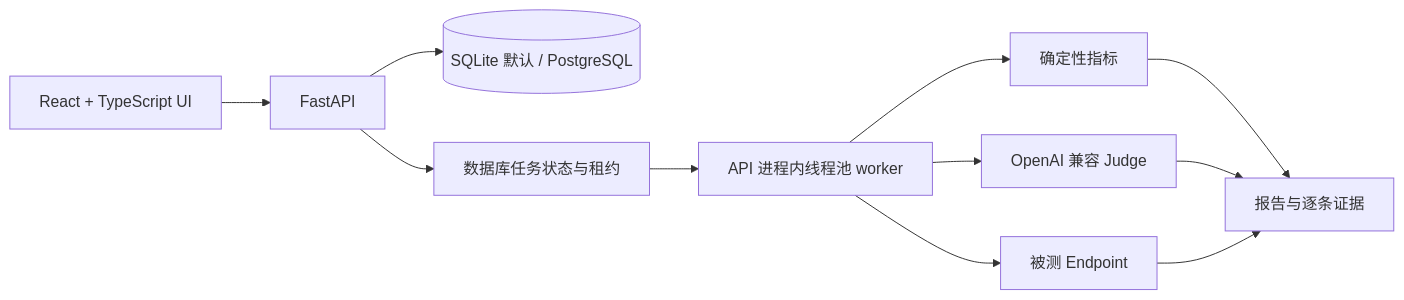
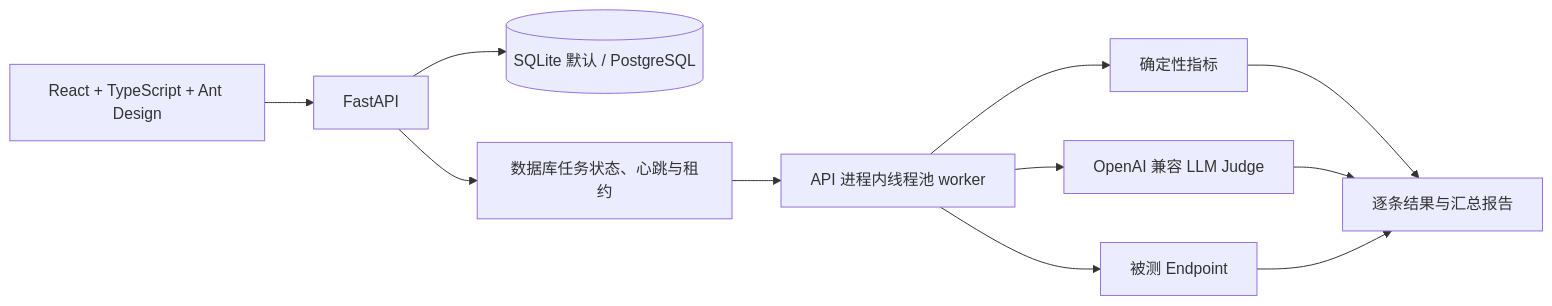
The diagram in README.md (xtxt586586/eval-labs), drawn with Mermaid before and after one commit. The commit also changed other lines of this file and 3 other files, not shown here.

````diff
--- a/README.md
+++ b/README.md
@@ -9,13 +13,13 @@
 ```mermaid
 flowchart LR
-  UI[React + TypeScript UI] --> API[FastAPI]
+  UI[React + TypeScript + Ant Design] --> API[FastAPI]
   API --> DB[(SQLite 默认 / PostgreSQL)]
-  API --> Q[数据库任务状态与租约]
+  API --> Q[数据库任务状态、心跳与租约]
   Q --> W[API 进程内线程池 worker]
   W --> M[确定性指标]
-  W --> J[OpenAI 兼容 Judge]
+  W --> J[OpenAI 兼容 LLM Judge]
   W --> EP[被测 Endpoint]
-  M --> R[报告与逐条证据]
+  M --> R[逐条结果与汇总报告]
   J --> R
   EP --> R
 ```
````
